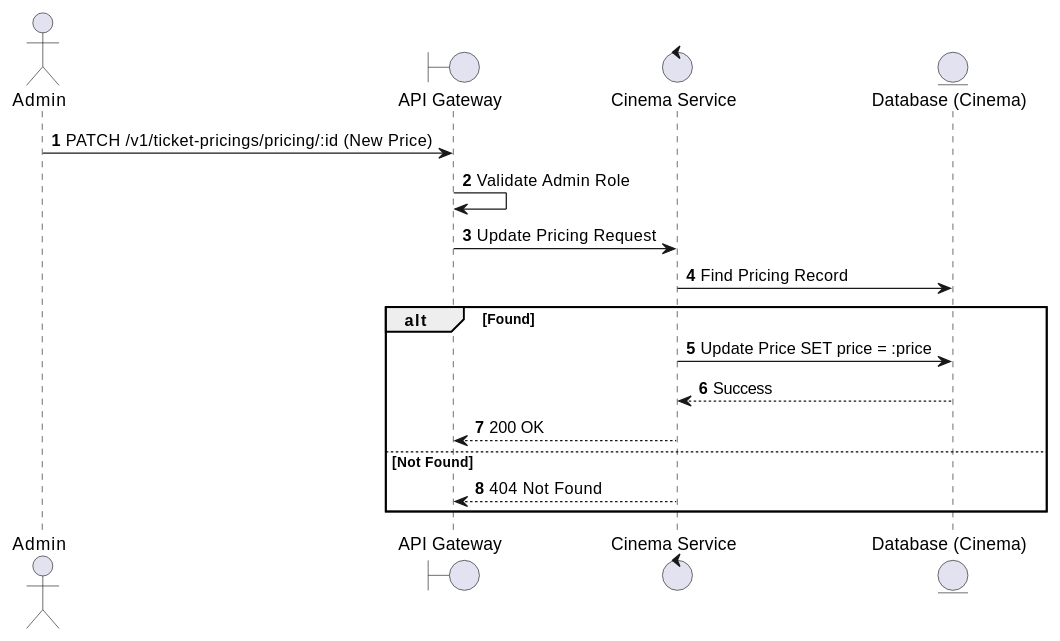
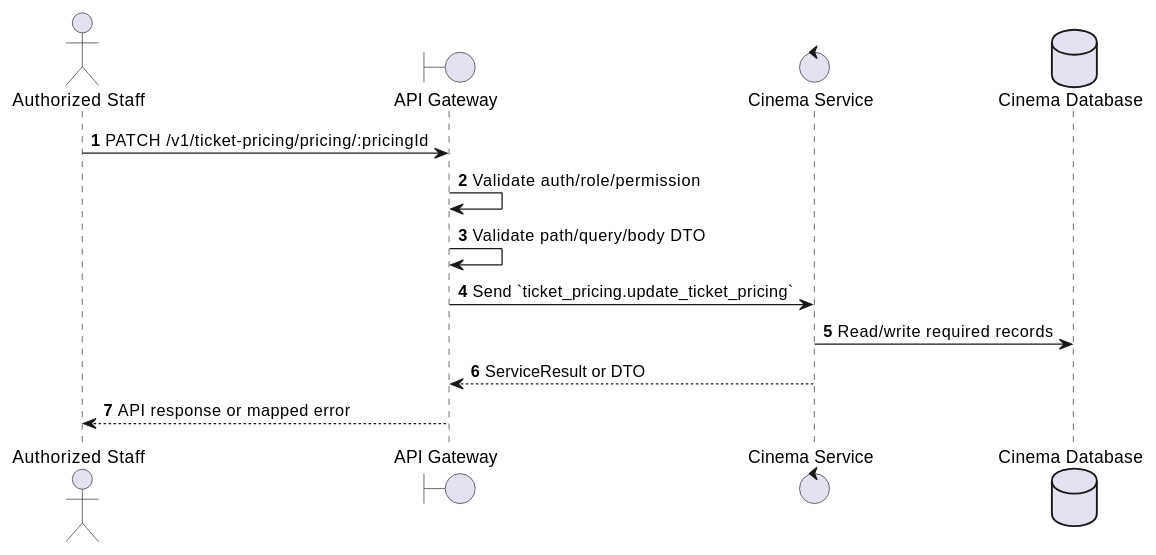
The first of 2 diagrams in docs/functional_specs/3.2.3_Ticket_Pricing_Management/TP-02_Update_Ticket_Pricing.md (Tanh1603/movie-hub-architecture), drawn with PlantUML before and after one commit. The commit also changed other lines of this file and 126 other files, not shown here.

````diff
--- a/docs/functional_specs/3.2.3_Ticket_Pricing_Management/TP-02_Update_Ticket_Pricing.md
+++ b/docs/functional_specs/3.2.3_Ticket_Pricing_Management/TP-02_Update_Ticket_Pricing.md
@@ -17,21 +17,17 @@
 ```plantuml
 @startuml
 autonumber
-actor Admin
+actor "Authorized Staff" as Actor
 boundary "API Gateway" as GW
-control "Cinema Service" as CS
-entity "Database (Cinema)" as DB
+control "Cinema Service" as SVC
+database "Cinema Database" as DB
 
-Admin -> GW: PATCH /v1/ticket-pricings/pricing/:id (New Price)
-GW -> GW: Validate Admin Role
-GW -> CS: Update Pricing Request
-CS -> DB: Find Pricing Record
-alt Found
-    CS -> DB: Update Price SET price = :price
-    DB --> CS: Success
-    CS --> GW: 200 OK
-else Not Found
-    CS --> GW: 404 Not Found
-end
+Actor -> GW: PATCH /v1/ticket-pricing/pricing/:pricingId
+GW -> GW: Validate auth/role/permission
+GW -> GW: Validate path/query/body DTO
+GW -> SVC: Send `ticket_pricing.update_ticket_pricing`
+SVC -> DB: Read/write required records
+SVC --> GW: ServiceResult or DTO
+GW --> Actor: API response or mapped error
 @enduml
 ```
````
